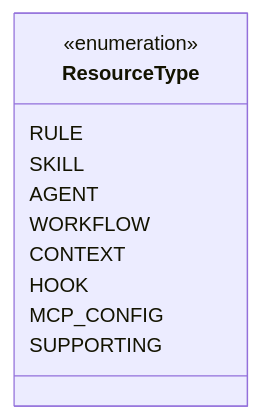
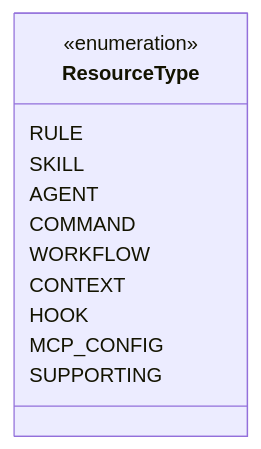
Before and after one commit to Mayurkhalse/ForgeCore: the second of 3 diagrams in docs/architecture/ECC_INTEGRATION_DESIGN.md, drawn with Mermaid. The commit also changed other lines of this file, not shown here.

Commit message:
docs(architecture): reconcile ECC integration design with verified commit and precedence

````diff
--- a/docs/architecture/ECC_INTEGRATION_DESIGN.md
+++ b/docs/architecture/ECC_INTEGRATION_DESIGN.md
@@ -103,14 +106,15 @@
 ```mermaid
 classDiagram
     class ResourceType {
         <<enumeration>>
         RULE
         SKILL
         AGENT
+        COMMAND
         WORKFLOW
         CONTEXT
         HOOK
         MCP_CONFIG
         SUPPORTING
     }
 ```
````
